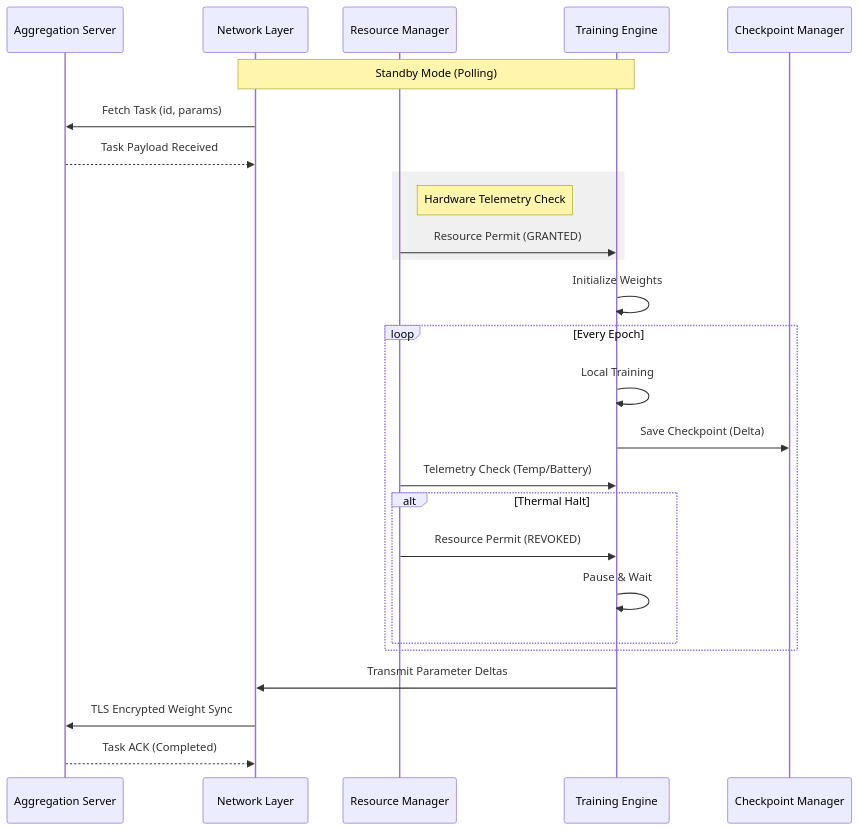
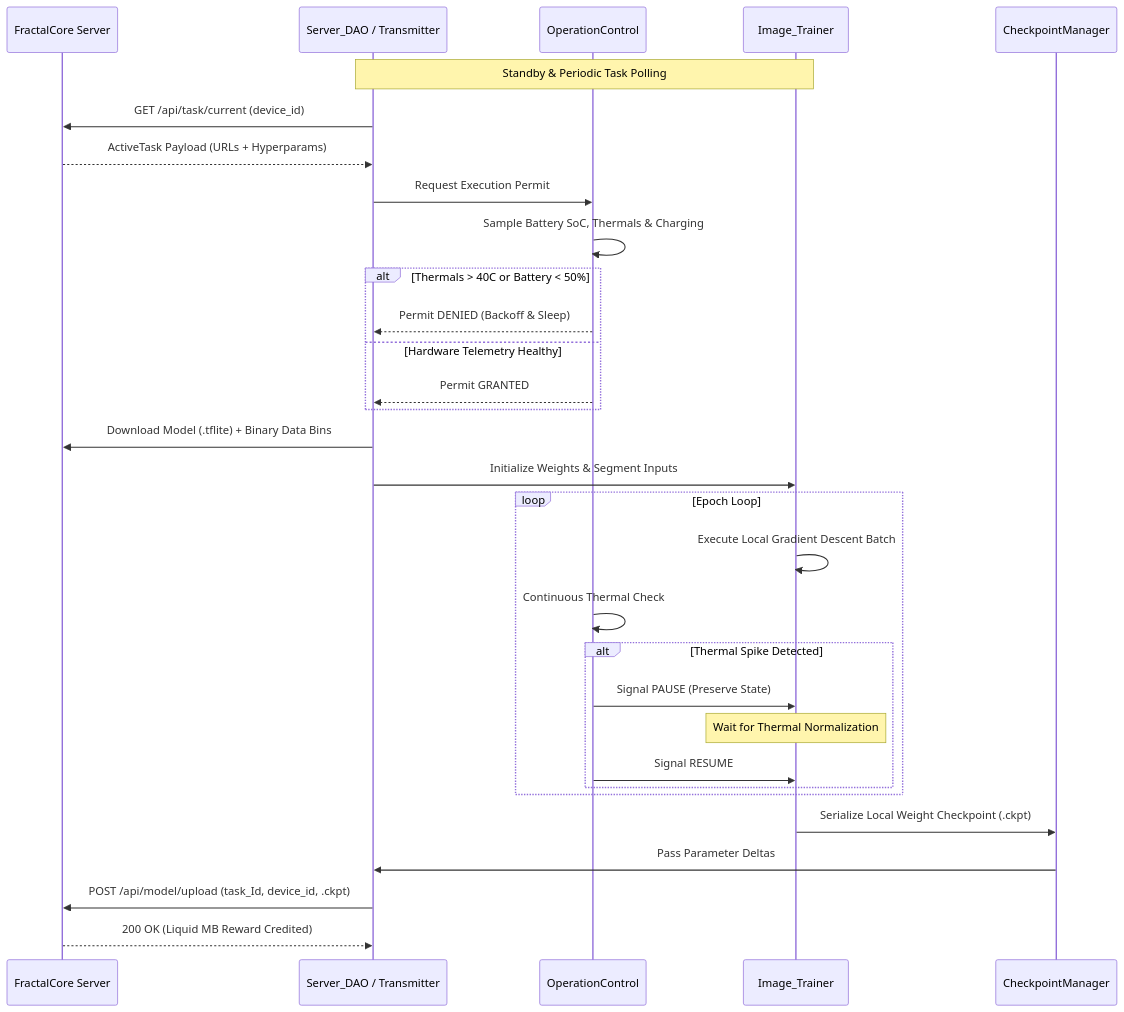
Before and after one commit to Fractal-Compute-Orchestrations/FractalAndroid: the second of 2 diagrams in README.md, drawn with Mermaid. The commit also changed other lines of this file and 3 other files, not shown here.

Commit message:
docs: overhaul technical architecture documentation and enforce zero-emoji policy

````diff
--- a/README.md
+++ b/README.md
@@ -95,32 +102,38 @@
 ```mermaid
 sequenceDiagram
-    participant S as Aggregation Server
-    participant N as Network Layer
-    participant R as Resource Manager
-    participant E as Training Engine
-    participant C as Checkpoint Manager
+    participant Server as FractalCore Server
+    participant Net as Server_DAO / Transmitter
+    participant Gate as OperationControl
+    participant Engine as Image_Trainer
+    participant Storage as CheckpointManager
 
-    Note over N,E: Standby Mode (Polling)
-    N->>S: Fetch Task (id, params)
-    S-->>N: Task Payload Received
-    
-    rect rgb(240, 240, 240)
-        Note right of R: Hardware Telemetry Check
-        R->>E: Resource Permit (GRANTED)
+    Note over Net,Engine: Standby & Periodic Task Polling
+    Net->>Server: GET /api/task/current (device_id)
+    Server-->>Net: ActiveTask Payload (URLs + Hyperparams)
+
+    Net->>Gate: Request Execution Permit
+    Gate->>Gate: Sample Battery SoC, Thermals & Charging
+    alt Thermals > 40C or Battery < 50%
+        Gate-->>Net: Permit DENIED (Backoff & Sleep)
+    else Hardware Telemetry Healthy
+        Gate-->>Net: Permit GRANTED
     end
 
-    E->>E: Initialize Weights
-    loop Every Epoch
-        E->>E: Local Training
-        E->>C: Save Checkpoint (Delta)
-        R->>E: Telemetry Check (Temp/Battery)
-        alt Thermal Halt
-            R->>E: Resource Permit (REVOKED)
-            E->>E: Pause & Wait
+    Net->>Server: Download Model (.tflite) + Binary Data Bins
+    Net->>Engine: Initialize Weights & Segment Inputs
+
+    loop Epoch Loop
+        Engine->>Engine: Execute Local Gradient Descent Batch
+        Gate->>Gate: Continuous Thermal Check
+        alt Thermal Spike Detected
+            Gate->>Engine: Signal PAUSE (Preserve State)
+            Note over Engine: Wait for Thermal Normalization
+            Gate->>Engine: Signal RESUME
         end
     end
 
-    E->>N: Transmit Parameter Deltas
-    N->>S: TLS Encrypted Weight Sync
-    S-->>N: Task ACK (Completed)
+    Engine->>Storage: Serialize Local Weight Checkpoint (.ckpt)
+    Storage->>Net: Pass Parameter Deltas
+    Net->>Server: POST /api/model/upload (task_Id, device_id, .ckpt)
+    Server-->>Net: 200 OK (Liquid MB Reward Credited)
 ```
````
